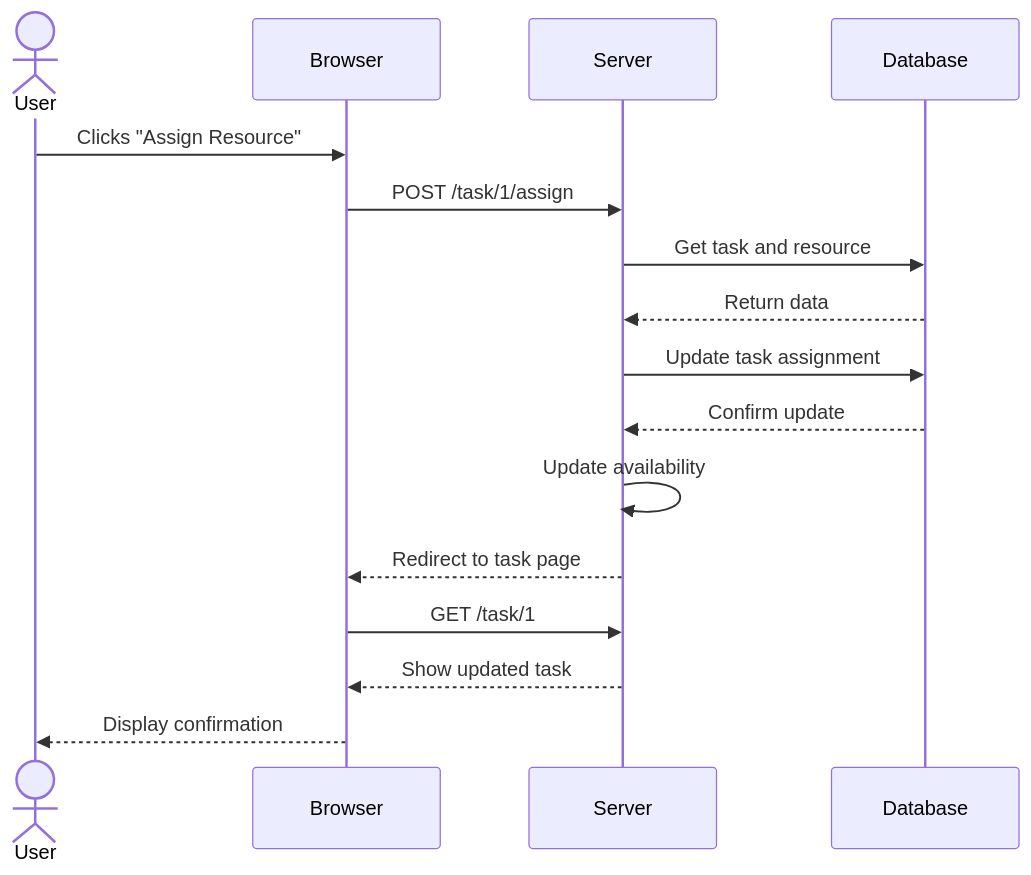
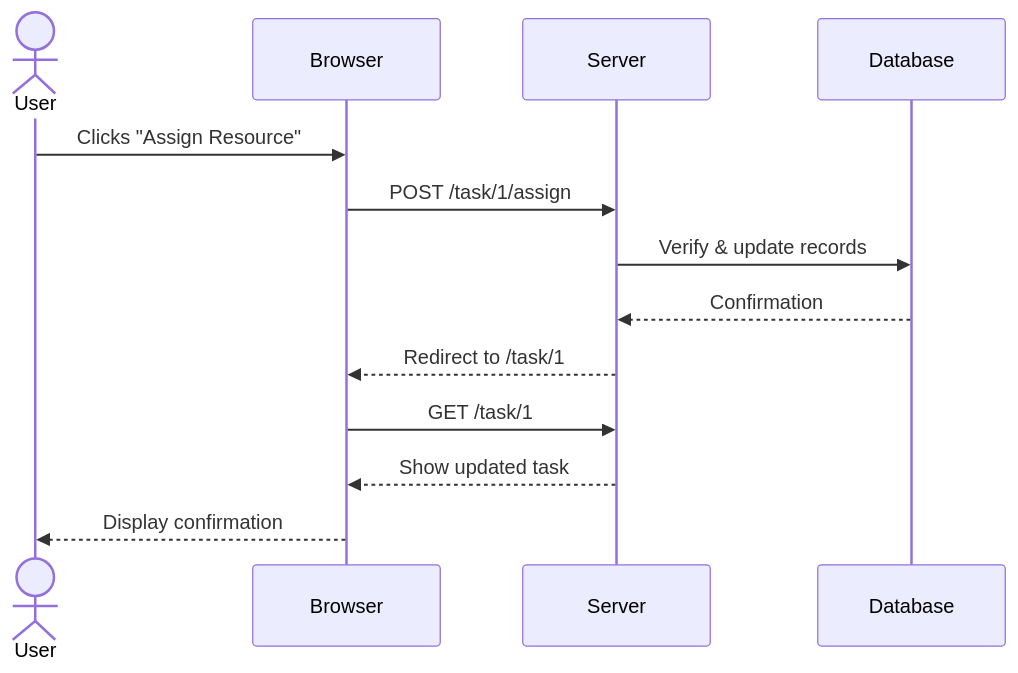
The diagram in README.md (shanusaras/Mediphore_SkillMatch), drawn with Mermaid before and after one commit. The commit also changed other lines of this file, not shown here.

````diff
--- a/README.md
+++ b/README.md
@@ -182,19 +188,16 @@
 ```mermaid
 sequenceDiagram
     actor User
     participant Browser
     participant Server
     participant Database
 
     User->>Browser: Clicks "Assign Resource"
     Browser->>Server: POST /task/1/assign
-    Server->>Database: Get task and resource
-    Database-->>Server: Return data
-    Server->>Database: Update task assignment
-    Database-->>Server: Confirm update
-    Server->>Server: Update availability
-    Server-->>Browser: Redirect to task page
+    Server->>Database: Verify & update records
+    Database-->>Server: Confirmation
+    Server-->>Browser: Redirect to /task/1
     Browser->>Server: GET /task/1
     Server-->>Browser: Show updated task
     Browser-->>User: Display confirmation
 ```
````
